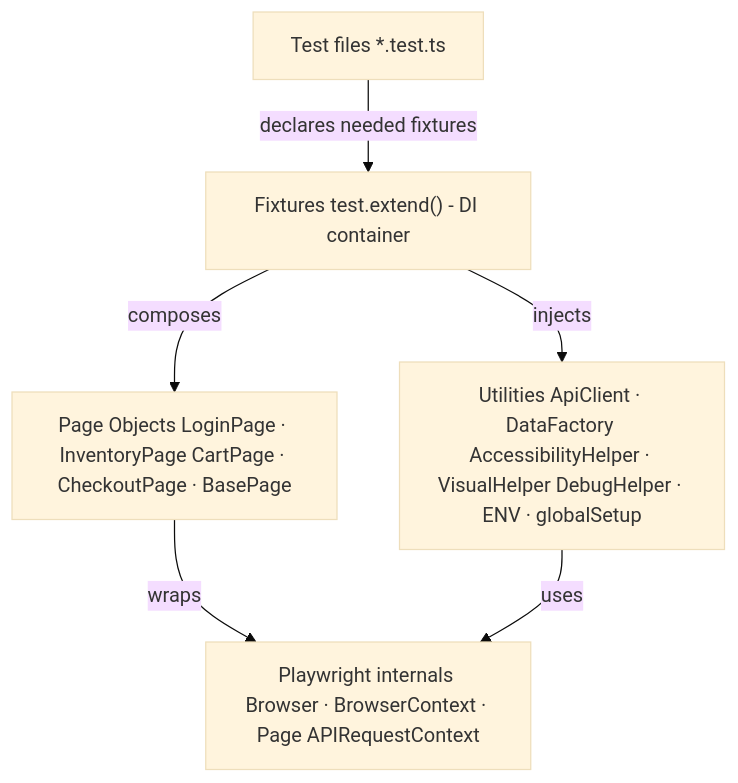
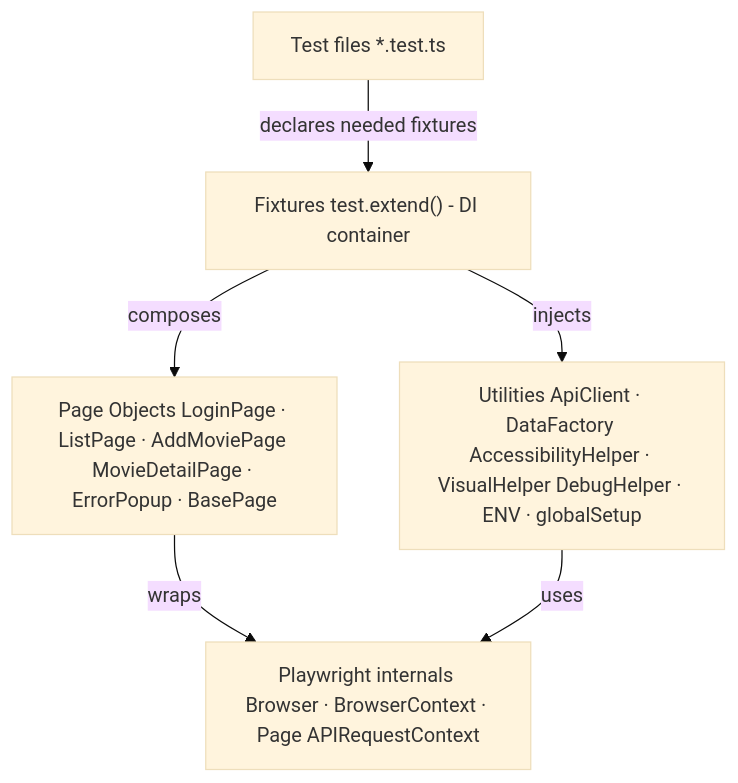
Before and after one commit to EnesAkyel/test-strategy: the third of 7 diagrams in architecture/system-architecture.md, drawn with Mermaid (base theme). The commit also changed other lines of this file and 9 other files, not shown here.

````diff
--- a/architecture/system-architecture.md
+++ b/architecture/system-architecture.md
@@ -64,14 +61,14 @@
 ```mermaid
 flowchart TD
     T["Test files *.test.ts"]
     FX["Fixtures test.extend() - DI container"]
-    PO["Page Objects LoginPage · InventoryPage CartPage · CheckoutPage · BasePage"]
+    PO["Page Objects LoginPage · ListPage · AddMoviePage MovieDetailPage · ErrorPopup · BasePage"]
     UT["Utilities ApiClient · DataFactory AccessibilityHelper · VisualHelper DebugHelper · ENV · globalSetup"]
     PW["Playwright internals Browser · BrowserContext · Page APIRequestContext"]
 
     T -->|"declares needed fixtures"| FX
     FX -->|"composes"| PO
     FX -->|"injects"| UT
     PO -->|"wraps"| PW
     UT -->|"uses"| PW
 ```
````
